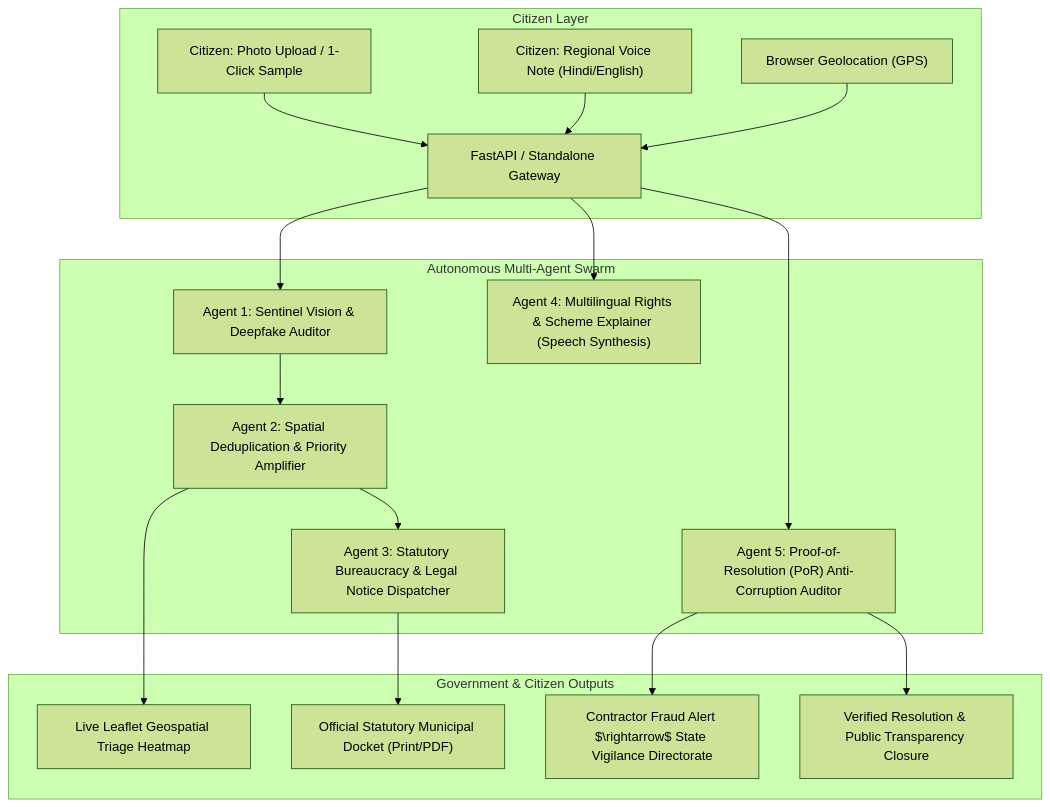
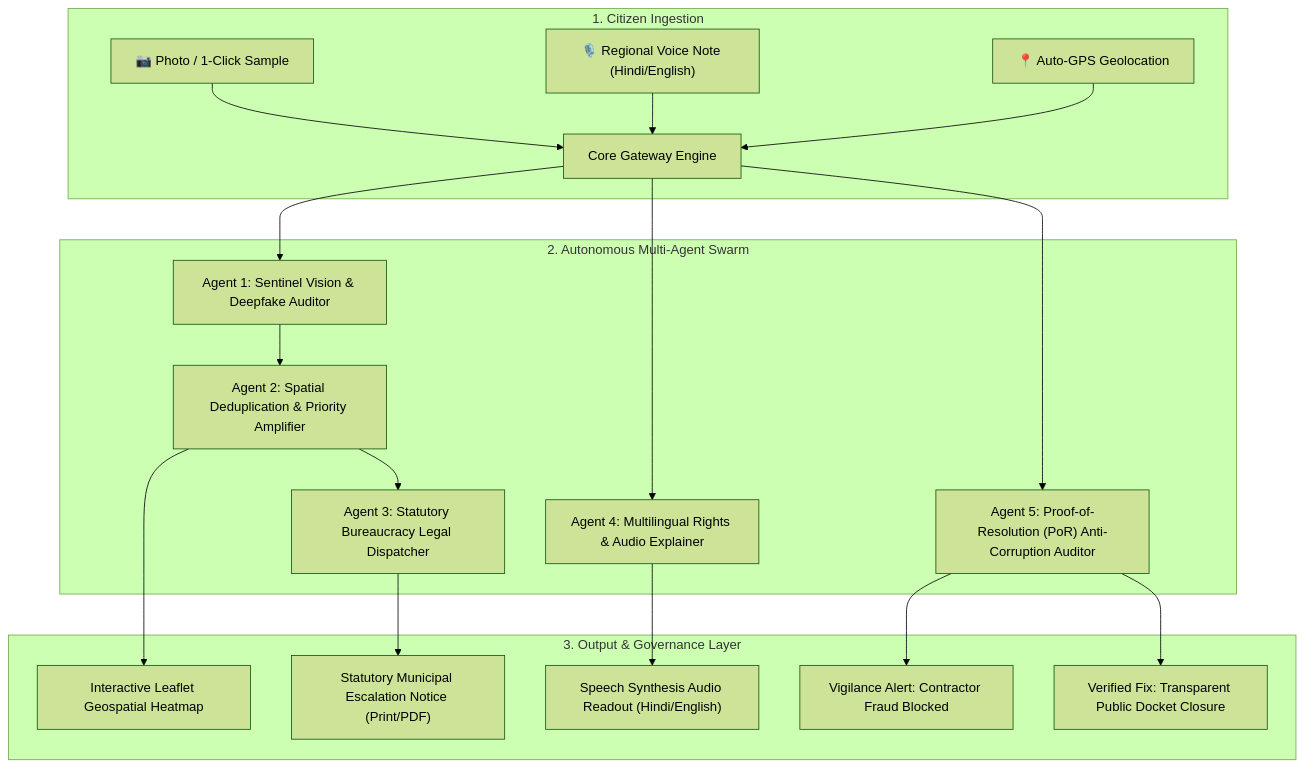
Before and after one commit to narasimhuluchakali739-gif/CIVIC-NEXUS-Nagarik-OS-: the diagram in README.md, drawn with Mermaid (forest theme). The commit also changed other lines of this file, not shown here.

````diff
--- a/README.md
+++ b/README.md
@@ -37,23 +42,24 @@
 ```mermaid
 flowchart TD
-    subgraph Citizen Layer
-        A1["Citizen: Photo Upload / 1-Click Sample"] --> API["FastAPI / Standalone Gateway"]
-        A2["Citizen: Regional Voice Note (Hindi/English)"] --> API
-        A3["Browser Geolocation (GPS)"] --> API
+    subgraph 1. Citizen Ingestion
+        A1["📷 Photo / 1-Click Sample"] --> GW["Core Gateway Engine"]
+        A2["🎙️ Regional Voice Note (Hindi/English)"] --> GW
+        A3["📍 Auto-GPS Geolocation"] --> GW
     end
 
-    subgraph Autonomous Multi-Agent Swarm
-        API --> AG1["Agent 1: Sentinel Vision & Deepfake Auditor"]
+    subgraph 2. Autonomous Multi-Agent Swarm
+        GW --> AG1["Agent 1: Sentinel Vision & Deepfake Auditor"]
         AG1 --> AG2["Agent 2: Spatial Deduplication & Priority Amplifier"]
-        AG2 --> AG3["Agent 3: Statutory Bureaucracy & Legal Notice Dispatcher"]
-        API --> AG4["Agent 4: Multilingual Rights & Scheme Explainer (Speech Synthesis)"]
-        API --> AG5["Agent 5: Proof-of-Resolution (PoR) Anti-Corruption Auditor"]
+        AG2 --> AG3["Agent 3: Statutory Bureaucracy Legal Dispatcher"]
+        GW --> AG4["Agent 4: Multilingual Rights & Audio Explainer"]
+        GW --> AG5["Agent 5: Proof-of-Resolution (PoR) Anti-Corruption Auditor"]
     end
 
-    subgraph Government & Citizen Outputs
-        AG2 --> HEATMAP["Live Leaflet Geospatial Triage Heatmap"]
-        AG3 --> LEGAL["Official Statutory Municipal Docket (Print/PDF)"]
-        AG5 --> VIGILANCE["Contractor Fraud Alert $\rightarrow$ State Vigilance Directorate"]
-        AG5 --> RESOLVED["Verified Resolution & Public Transparency Closure"]
+    subgraph 3. Output & Governance Layer
+        AG2 --> MAP["Interactive Leaflet Geospatial Heatmap"]
+        AG3 --> NOTICE["Statutory Municipal Escalation Notice (Print/PDF)"]
+        AG4 --> AUDIO["Speech Synthesis Audio Readout (Hindi/English)"]
+        AG5 --> ALERT["Vigilance Alert: Contractor Fraud Blocked"]
+        AG5 --> CLOSE["Verified Fix: Transparent Public Docket Closure"]
     end
 ```
````
